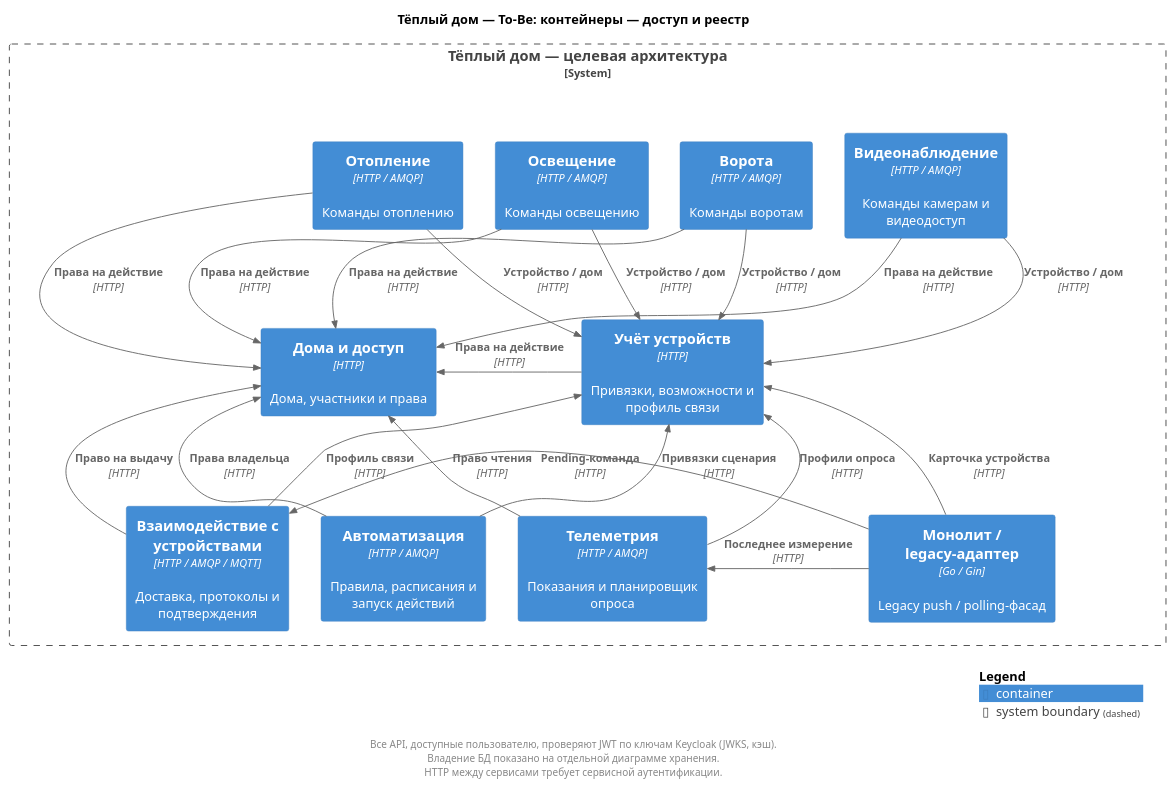
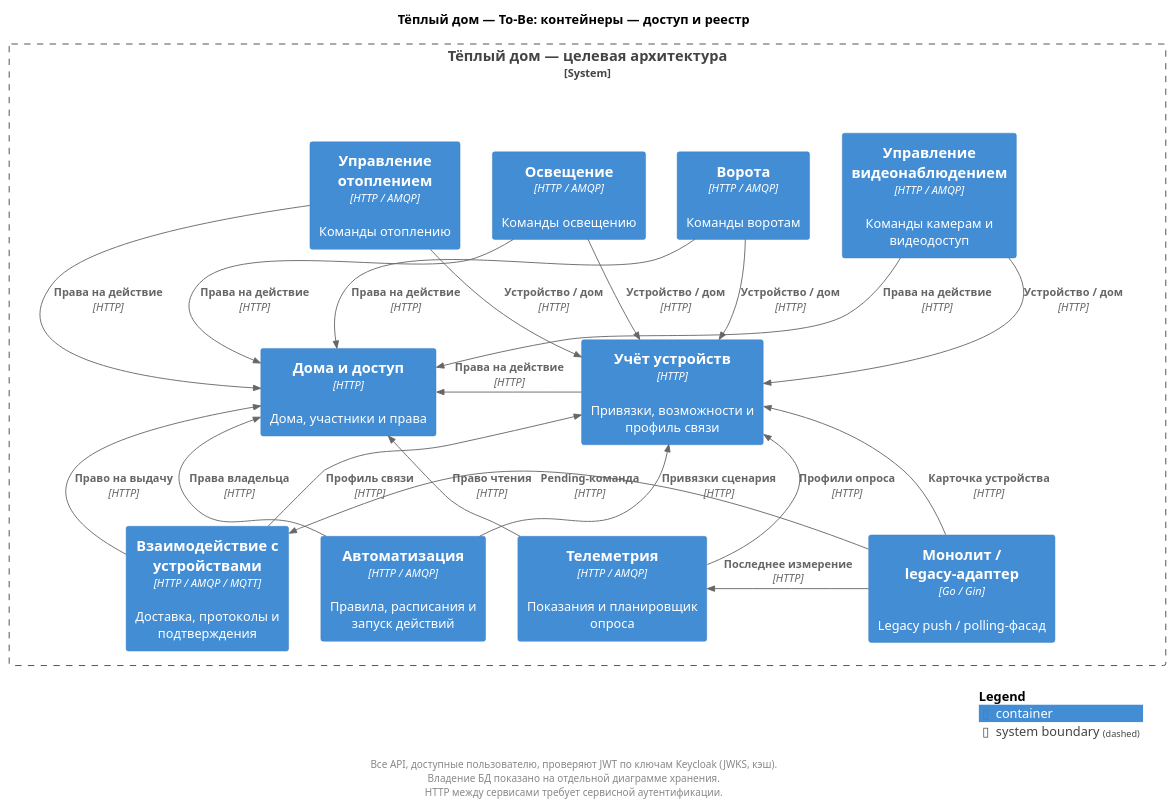
Before and after one commit to AndyMcFishka/architecture-pro-warmhouse: the diagram in diagrams/to-be-dependencies.puml, drawn with PlantUML. The commit also changed 11 other files, not shown here.

```diff
--- a/diagrams/to-be-dependencies.puml
+++ b/diagrams/to-be-dependencies.puml
@@ -1,59 +1,59 @@
 @startuml
 !include <C4/C4_Container>
 
 title Тёплый дом — To-Be: контейнеры — доступ и реестр
 LAYOUT_TOP_DOWN()
 skinparam nodesep 35
 skinparam ranksep 55
 
 
 System_Boundary(platform, "Тёплый дом — целевая архитектура") {
   Container(access, "Дома и доступ", "HTTP", "Дома, участники и права")
   Container(registry, "Учёт устройств", "HTTP", "Привязки, возможности и профиль связи")
   Container(automation, "Автоматизация", "HTTP / AMQP", "Правила, расписания и запуск действий")
   Container(telemetry, "Телеметрия", "HTTP / AMQP", "Показания и планировщик опроса")
   Container(monolith, "Монолит / legacy-адаптер", "Go / Gin", "Legacy push / polling-фасад")
   Container(transport, "Взаимодействие с устройствами", "HTTP / AMQP / MQTT", "Доставка, протоколы и подтверждения")
-  Container(heating, "Отопление", "HTTP / AMQP", "Команды отоплению")
+  Container(heating, "Управление отоплением", "HTTP / AMQP", "Команды отоплению")
   Container(lighting, "Освещение", "HTTP / AMQP", "Команды освещению")
   Container(gates, "Ворота", "HTTP / AMQP", "Команды воротам")
-  Container(video, "Видеонаблюдение", "HTTP / AMQP", "Команды камерам и видеодоступ")
+  Container(video, "Управление видеонаблюдением", "HTTP / AMQP", "Команды камерам и видеодоступ")
 }
 
 Rel_U(telemetry, registry, "Профили опроса", "HTTP")
 Rel_U(transport, registry, "Профиль связи", "HTTP")
 Rel_D(heating, access, "Права на действие", "HTTP")
 Rel_D(lighting, access, "Права на действие", "HTTP")
 Rel_D(gates, access, "Права на действие", "HTTP")
 Rel_D(video, access, "Права на действие", "HTTP")
 Rel_D(heating, registry, "Устройство / дом", "HTTP")
 Rel_D(lighting, registry, "Устройство / дом", "HTTP")
 Rel_D(gates, registry, "Устройство / дом", "HTTP")
 Rel_D(video, registry, "Устройство / дом", "HTTP")
 footer
   Все API, доступные пользователю, проверяют JWT по ключам Keycloak (JWKS, кэш).
   Владение БД показано на отдельной диаграмме хранения.
   HTTP между сервисами требует сервисной аутентификации.
 end footer
 Rel_L(registry, access, "Права на действие", "HTTP")
 Rel_U(telemetry, access, "Право чтения", "HTTP")
 Rel_U(automation, access, "Права владельца", "HTTP")
 Rel_U(automation, registry, "Привязки сценария", "HTTP")
 
 Rel_L(monolith, telemetry, "Последнее измерение", "HTTP")
 Rel_U(monolith, registry, "Карточка устройства", "HTTP")
 
 ' Visual order only: API clients, supporting services, storage.
 
 Rel_U(transport, access, "Право на выдачу", "HTTP")
 Rel_L(monolith, transport, "Pending-команда", "HTTP")
 Lay_R(heating, lighting)
 Lay_R(lighting, gates)
 Lay_R(gates, video)
 Lay_R(access, registry)
 Lay_R(automation, telemetry)
 Lay_R(telemetry, transport)
 Lay_R(transport, monolith)
 skinparam footerFontSize 11
 SHOW_LEGEND()
 @enduml
```
